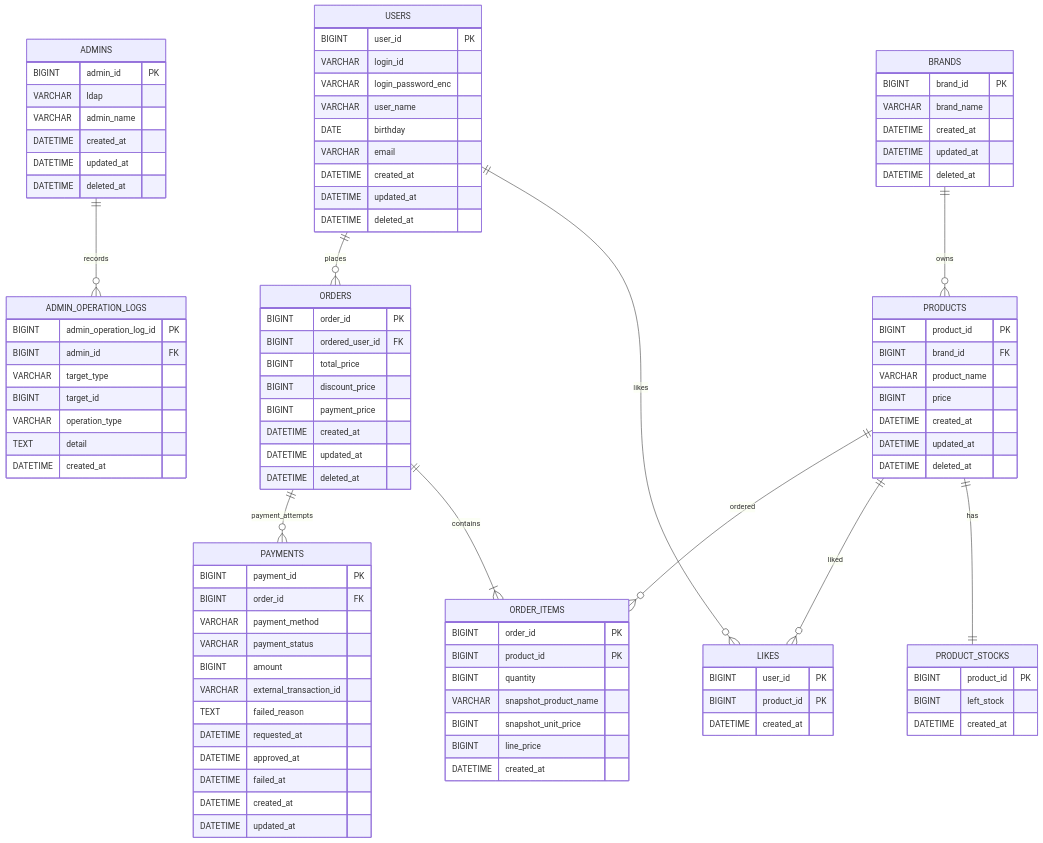
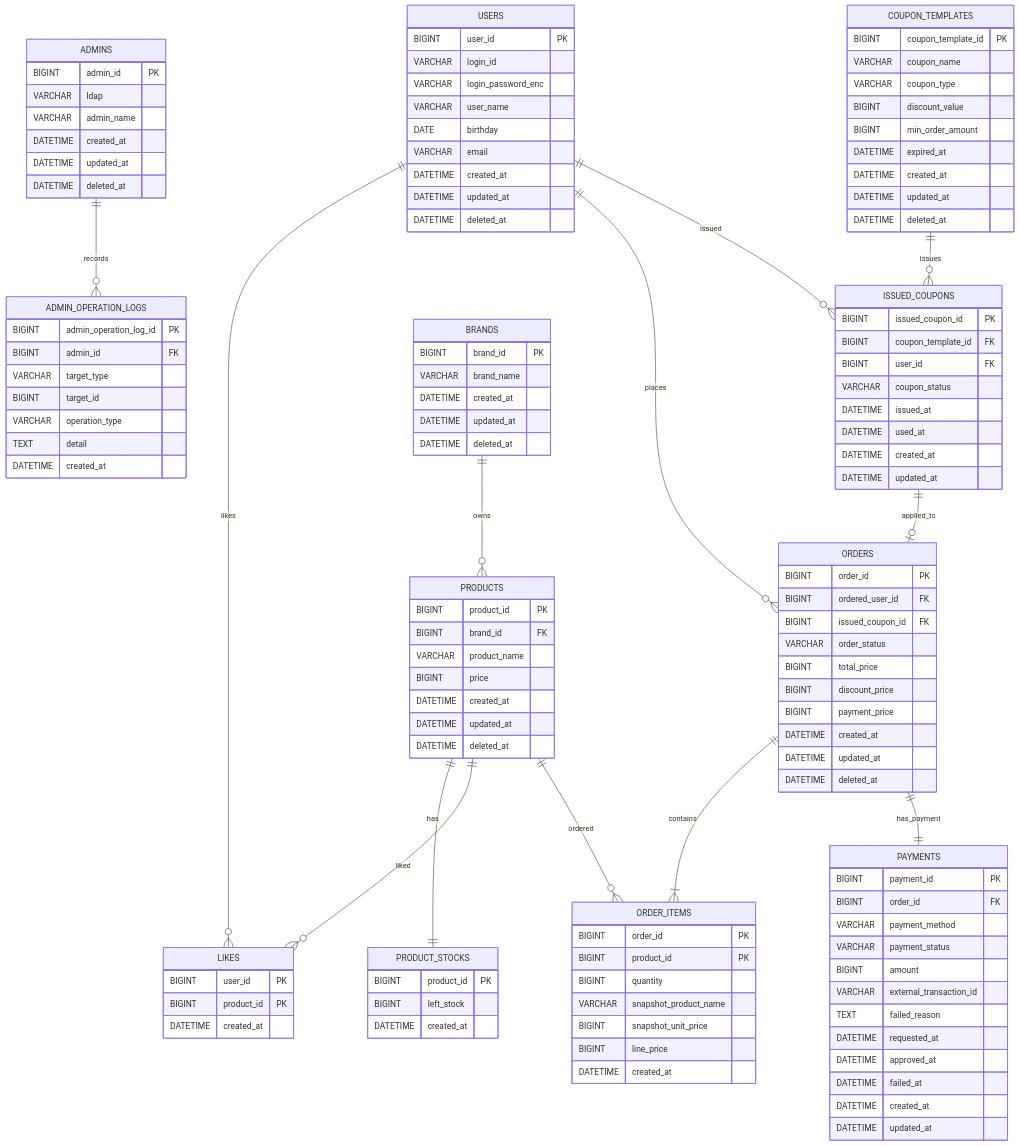
Before and after one commit to loopers-labs/loop-pack-be-l2-vol4-kotlin: the diagram in docs/design/04-erd.md, drawn with Mermaid. The commit also changed other lines of this file and 3 other files, not shown here.

```diff
--- a/docs/design/04-erd.md
+++ b/docs/design/04-erd.md
@@ -28,17 +34,21 @@
 erDiagram
     USERS ||--o{ LIKES : likes
     USERS ||--o{ ORDERS : places
+    USERS ||--o{ ISSUED_COUPONS : issued
 
     ADMINS ||--o{ ADMIN_OPERATION_LOGS : records
 
     BRANDS ||--o{ PRODUCTS : owns
+
+    COUPON_TEMPLATES ||--o{ ISSUED_COUPONS : issues
 
     PRODUCTS ||--|| PRODUCT_STOCKS : has
     PRODUCTS ||--o{ LIKES : liked
     PRODUCTS ||--o{ ORDER_ITEMS : ordered
 
     ORDERS ||--|{ ORDER_ITEMS : contains
-    ORDERS ||--o{ PAYMENTS : payment_attempts
+    ORDERS ||--|| PAYMENTS : has_payment
+    ISSUED_COUPONS ||--o| ORDERS : applied_to
 
     USERS {
         BIGINT user_id PK
@@ -94,12 +104,37 @@
     ORDERS {
         BIGINT order_id PK
         BIGINT ordered_user_id FK
+        BIGINT issued_coupon_id FK
+        VARCHAR order_status
         BIGINT total_price
         BIGINT discount_price
         BIGINT payment_price
         DATETIME created_at
         DATETIME updated_at
         DATETIME deleted_at
+    }
+
+    COUPON_TEMPLATES {
+        BIGINT coupon_template_id PK
+        VARCHAR coupon_name
+        VARCHAR coupon_type
+        BIGINT discount_value
+        BIGINT min_order_amount
+        DATETIME expired_at
+        DATETIME created_at
+        DATETIME updated_at
+        DATETIME deleted_at
+    }
+
+    ISSUED_COUPONS {
+        BIGINT issued_coupon_id PK
+        BIGINT coupon_template_id FK
+        BIGINT user_id FK
+        VARCHAR coupon_status
+        DATETIME issued_at
+        DATETIME used_at
+        DATETIME created_at
+        DATETIME updated_at
     }
 
     ORDER_ITEMS {
```
